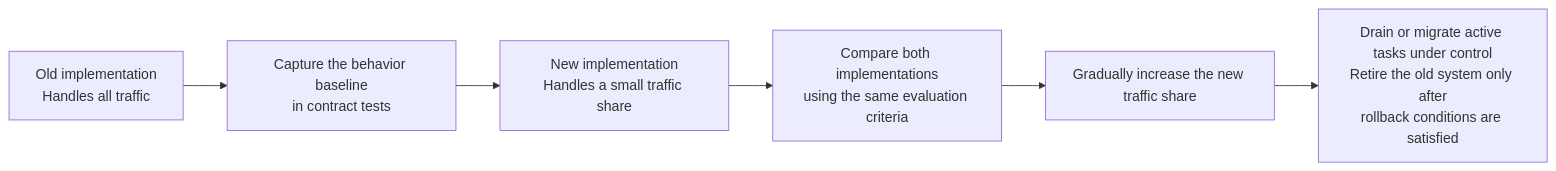
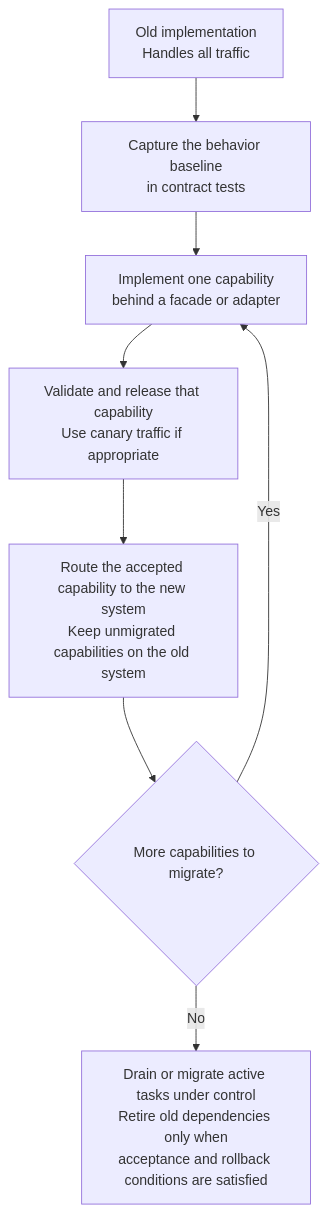
The fourth of 4 diagrams in docs/frameworks/06-selection-portability/23-lockin-and-portable-architecture.md (oneleaveknowsthefall/awesome-ai-roadmap), drawn with Mermaid before and after one commit. The commit also changed other lines of this file and 24 other files, not shown here.

````diff
--- a/docs/frameworks/06-selection-portability/23-lockin-and-portable-architecture.md
+++ b/docs/frameworks/06-selection-portability/23-lockin-and-portable-architecture.md
@@ -94,8 +94,10 @@
 ```mermaid
-flowchart LR
+flowchart TB
     A["Old implementation<br/>Handles all traffic"] --> B["Capture the behavior baseline<br/>in contract tests"]
-    B --> C["New implementation<br/>Handles a small traffic share"]
-    C --> D["Compare both implementations<br/>using the same evaluation criteria"]
-    D --> E["Gradually increase the new traffic share"]
-    E --> F["Drain or migrate active tasks under control<br/>Retire the old system only after<br/>rollback conditions are satisfied"]
+    B --> C["Implement one capability<br/>behind a facade or adapter"]
+    C --> D["Validate and release that capability<br/>Use canary traffic if appropriate"]
+    D --> E["Route the accepted capability to the new system<br/>Keep unmigrated capabilities on the old system"]
+    E --> G{"More capabilities to migrate?"}
+    G -->|Yes| C
+    G -->|No| F["Drain or migrate active tasks under control<br/>Retire old dependencies only when<br/>acceptance and rollback conditions are satisfied"]
 ```
````
